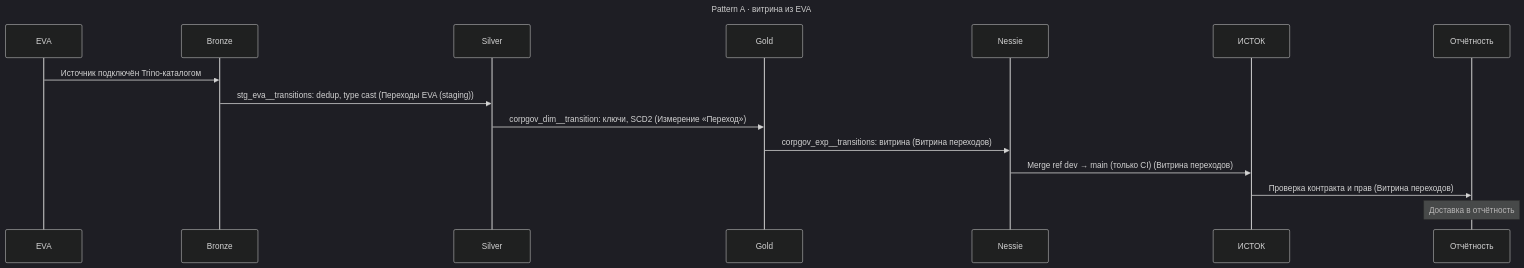
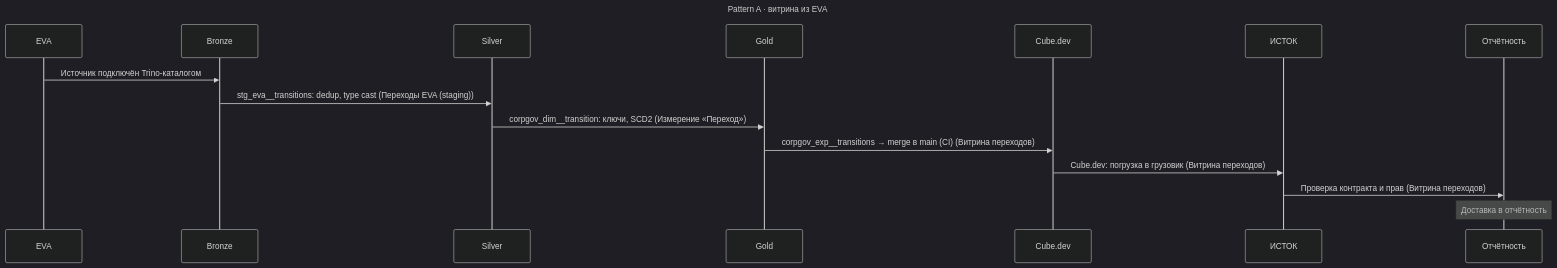
Before and after one commit to em-art/Data-City: the second of 4 diagrams in docs/model.md, drawn with Mermaid (dark theme). The commit also changed other lines of this file and 26 other files, not shown here.

First line of the commit message:
Rework the district metaphor: Nessie belt, Landing warehouse, Cube.dev dock

````diff
--- a/docs/model.md
+++ b/docs/model.md
@@ -81,18 +82,18 @@
 ```mermaid
 sequenceDiagram
   title Pattern A · витрина из EVA
   participant sys_eva as EVA
   participant layer_bronze as Bronze
   participant layer_silver as Silver
   participant layer_gold as Gold
-  participant sys_nessie as Nessie
+  participant sys_cube as Cube.dev
   participant sys_istok as ИСТОК
   participant sys_bi as Отчётность
   sys_eva->>layer_bronze: Источник подключён Trino-каталогом
   layer_bronze->>layer_silver: stg_eva__transitions: dedup, type cast (Переходы EVA (staging))
   layer_silver->>layer_gold: corpgov_dim__transition: ключи, SCD2 (Измерение «Переход»)
-  layer_gold->>sys_nessie: corpgov_exp__transitions: витрина (Витрина переходов)
-  sys_nessie->>sys_istok: Merge ref dev → main (только CI) (Витрина переходов)
+  layer_gold->>sys_cube: corpgov_exp__transitions → merge в main (CI) (Витрина переходов)
+  sys_cube->>sys_istok: Cube.dev: погрузка в грузовик (Витрина переходов)
   sys_istok->>sys_bi: Проверка контракта и прав (Витрина переходов)
   Note over sys_bi: Доставка в отчётность
 ```
````
